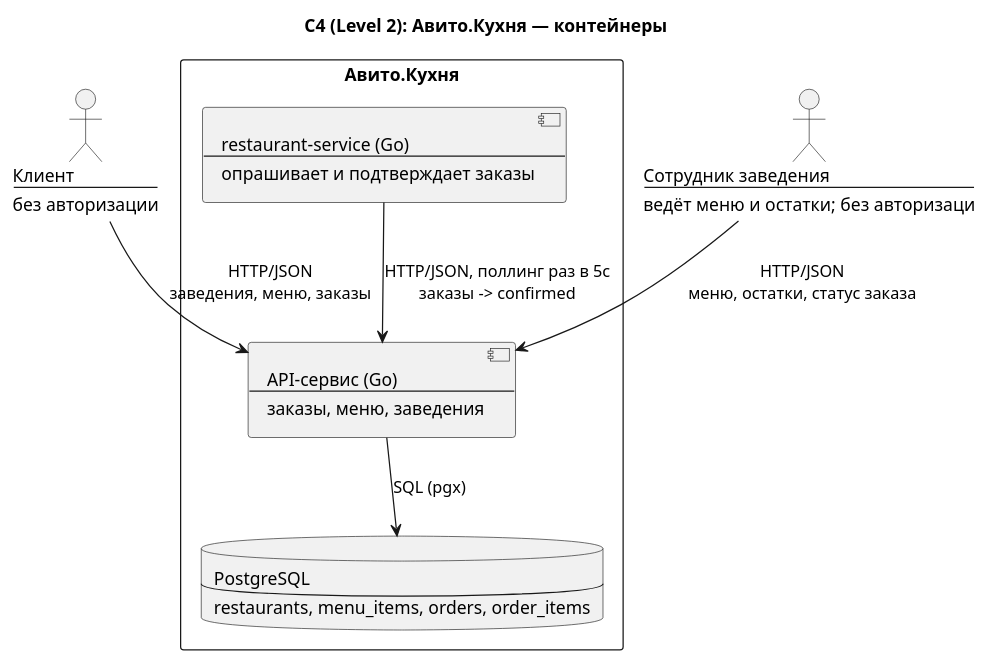
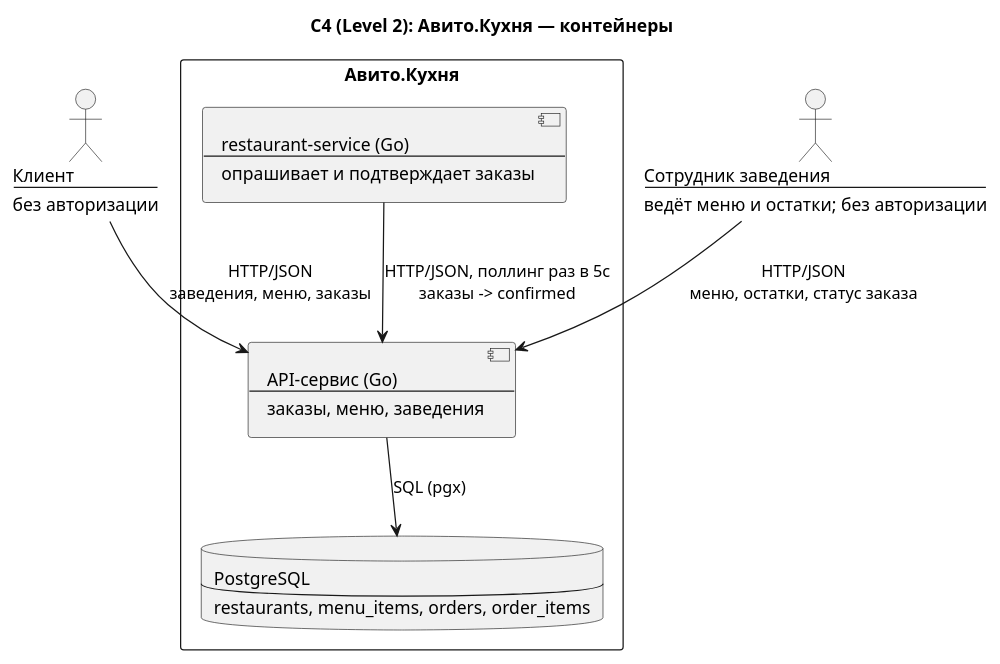
The diagram in docs/c4-l2.puml (rimakii/food-delivery-mvp), drawn with PlantUML before and after one commit. The commit also changed 2 other files, not shown here.

Commit message:
docs: add README, update c4 diagram

```diff
--- a/docs/c4-l2.puml
+++ b/docs/c4-l2.puml
@@ -1,17 +1,17 @@
 @startuml c4-l2
 title C4 (Level 2): Авито.Кухня — контейнеры
 
 actor "Клиент\n--\nбез авторизации" as client
-actor "Сотрудник заведения\n--\nведёт меню и остатки; без авторизаци" as staff
+actor "Сотрудник заведения\n--\nведёт меню и остатки; без авторизации" as staff
 
 rectangle "Авито.Кухня" {
   component "API-сервис (Go)\n--\nзаказы, меню, заведения" as api
   component "restaurant-service (Go)\n--\nопрашивает и подтверждает заказы" as rs
   database "PostgreSQL\n--\nrestaurants, menu_items, orders, order_items" as db
 }
 
 client --> api : HTTP/JSON\nзаведения, меню, заказы
 staff --> api : HTTP/JSON\nменю, остатки, статус заказа
 rs --> api : HTTP/JSON, поллинг раз в 5с\nзаказы -> confirmed
 api --> db : SQL (pgx)
 @enduml
```
